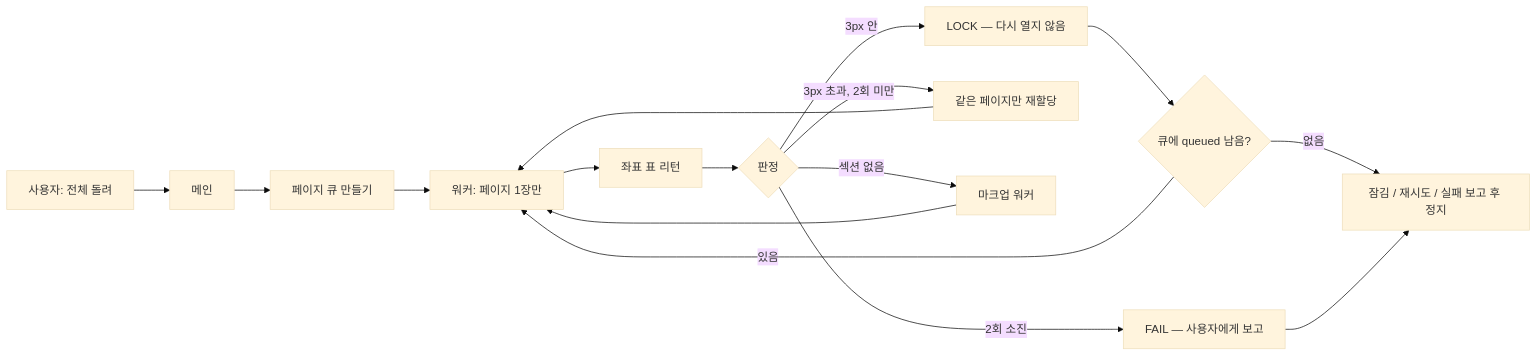
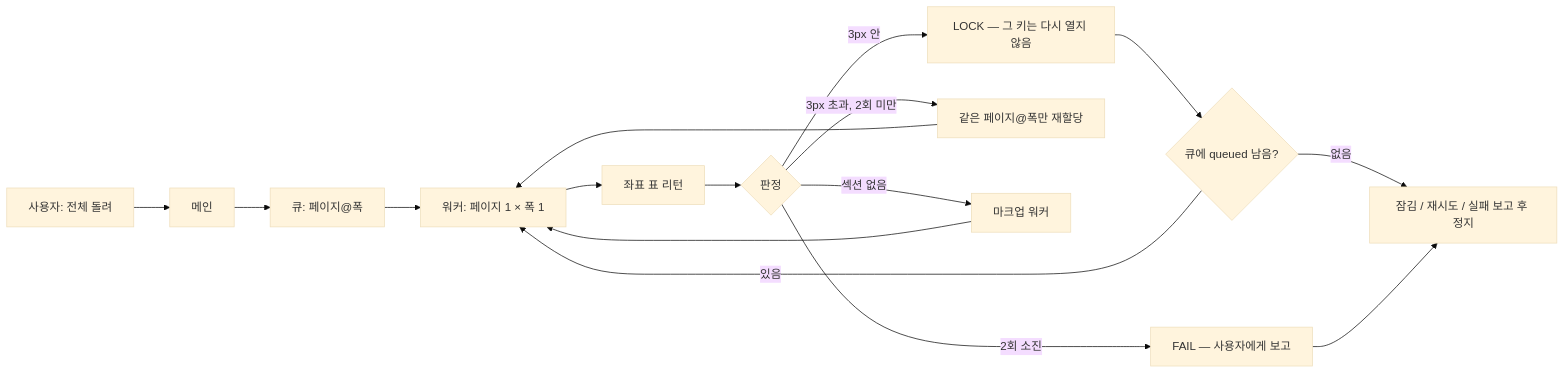
Before and after one commit to pioneer3339/pixel-clone: the second of 3 diagrams in README.md, drawn with Mermaid (base theme). The commit also changed other lines of this file and 4 other files, not shown here.

````diff
--- a/README.md
+++ b/README.md
@@ -108,18 +115,18 @@
 ```mermaid
 flowchart LR
   U[사용자: 전체 돌려] --> P[메인]
-  P --> Q[페이지 큐 만들기]
-  Q --> W[워커: 페이지 1장만]
+  P --> Q["큐: 페이지@폭"]
+  Q --> W[워커: 페이지 1 × 폭 1]
   W --> T[좌표 표 리턴]
   T --> D{판정}
-  D -->|3px 안| L[LOCK — 다시 열지 않음]
-  D -->|3px 초과, 2회 미만| R[같은 페이지만 재할당]
+  D -->|3px 안| L[LOCK — 그 키는 다시 열지 않음]
+  D -->|3px 초과, 2회 미만| R[같은 페이지@폭만 재할당]
   D -->|섹션 없음| M[마크업 워커]
   D -->|2회 소진| F[FAIL — 사용자에게 보고]
   R --> W
   M --> W
   L --> N{큐에 queued 남음?}
   N -->|있음| W
   N -->|없음| S[잠김 / 재시도 / 실패 보고 후 정지]
   F --> S
 ```
````
